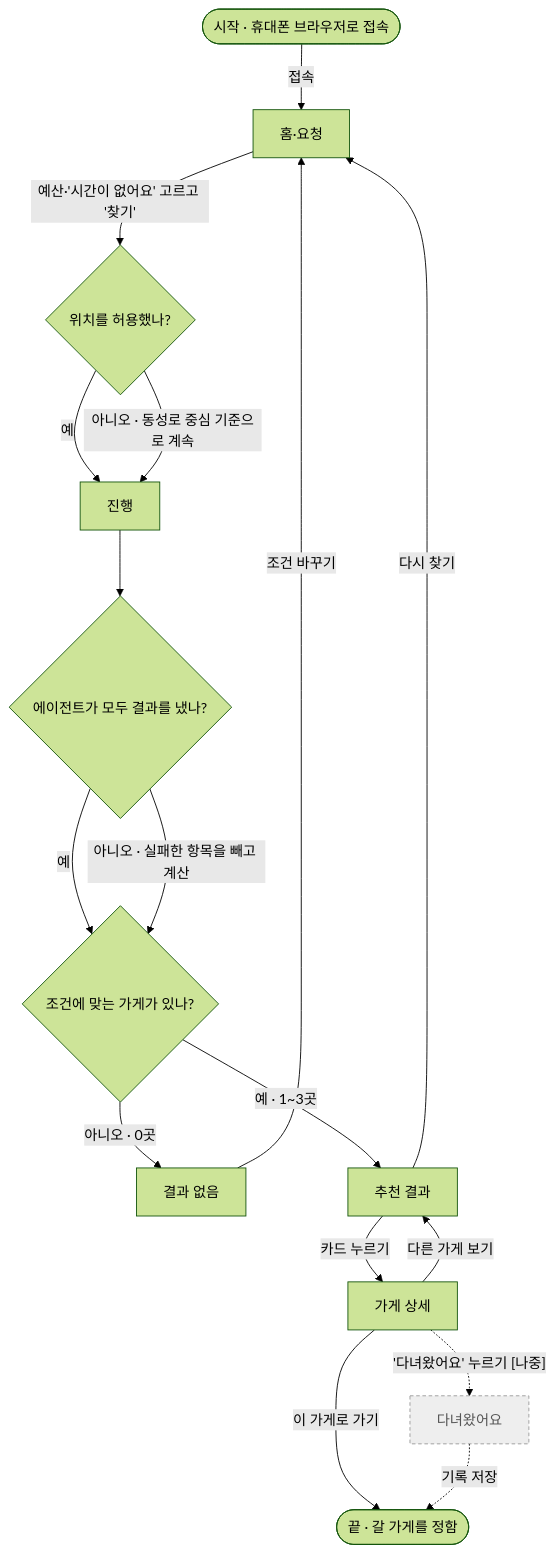
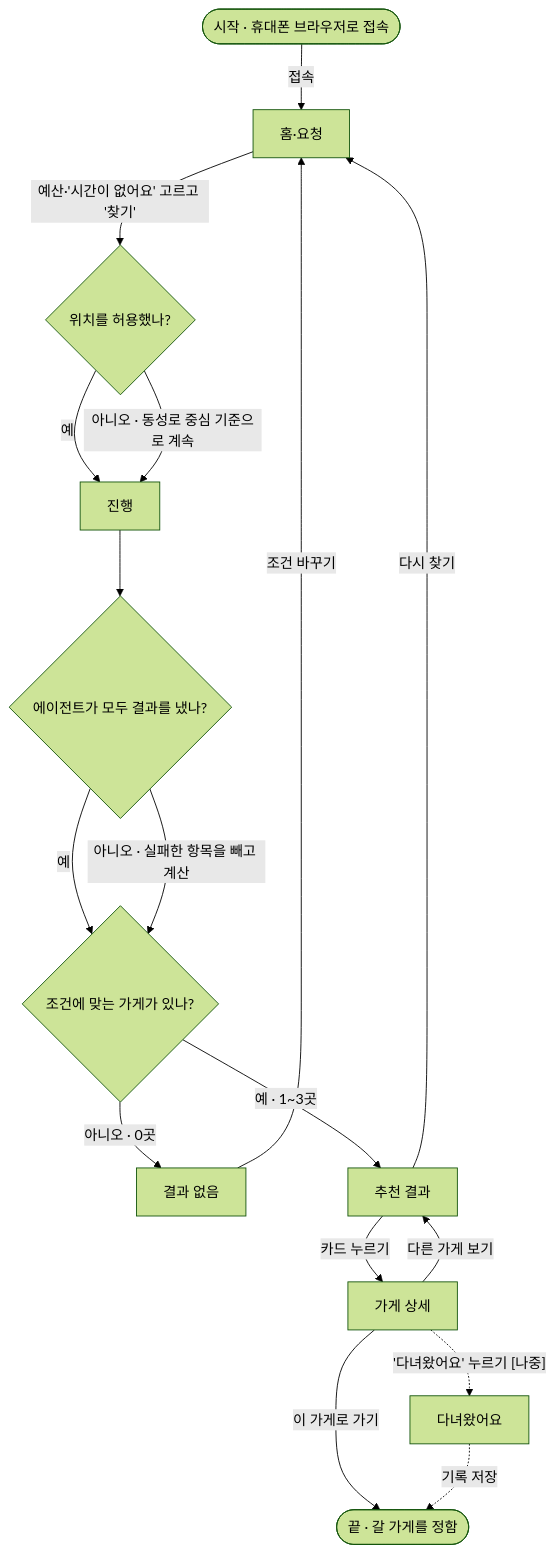
Before and after one commit to k-1026/4P: the second of 2 diagrams in 혼밥/10_에이전트/멀티에이전트_통합프롬프트/spec/userflow.md, drawn with Mermaid (forest theme). The commit also changed other lines of this file and 8 other files, not shown here.

First line of the commit message:
혼밥/10_에이전트: 시장 검증(경쟁·포지셔닝·TAM·SAM·SOM)과 실제 유저 플로우 추가

````diff
--- a/혼밥/10_에이전트/멀티에이전트_통합프롬프트/spec/userflow.md
+++ b/혼밥/10_에이전트/멀티에이전트_통합프롬프트/spec/userflow.md
@@ -15,27 +123,19 @@
 ```mermaid
 flowchart TD
     S(["시작 · 휴대폰 브라우저로 접속"]) -->|"접속"| H["홈·요청"]
-
     H -->|"예산·'시간이 없어요' 고르고 '찾기'"| Q1{"위치를 허용했나?"}
     Q1 -->|"예"| P["진행"]
     Q1 -->|"아니오 · 동성로 중심 기준으로 계속"| P
-
     P --> Q2{"에이전트가 모두 결과를 냈나?"}
     Q2 -->|"예"| Q3{"조건에 맞는 가게가 있나?"}
     Q2 -->|"아니오 · 실패한 항목을 빼고 계산"| Q3
-
     Q3 -->|"아니오 · 0곳"| N["결과 없음"]
     N -->|"조건 바꾸기"| H
     Q3 -->|"예 · 1~3곳"| R["추천 결과"]
-
     R -->|"카드 누르기"| D["가게 상세"]
     D -->|"다른 가게 보기"| R
     R -->|"다시 찾기"| H
     D -->|"이 가게로 가기"| E(["끝 · 갈 가게를 정함"])
-
     D -.->|"'다녀왔어요' 누르기 [나중]"| V["다녀왔어요"]
     V -.->|"기록 저장"| E
-
-    classDef later fill:#eeeeee,stroke:#999999,stroke-dasharray:4 3,color:#555555
-    class V later
 ```
````
